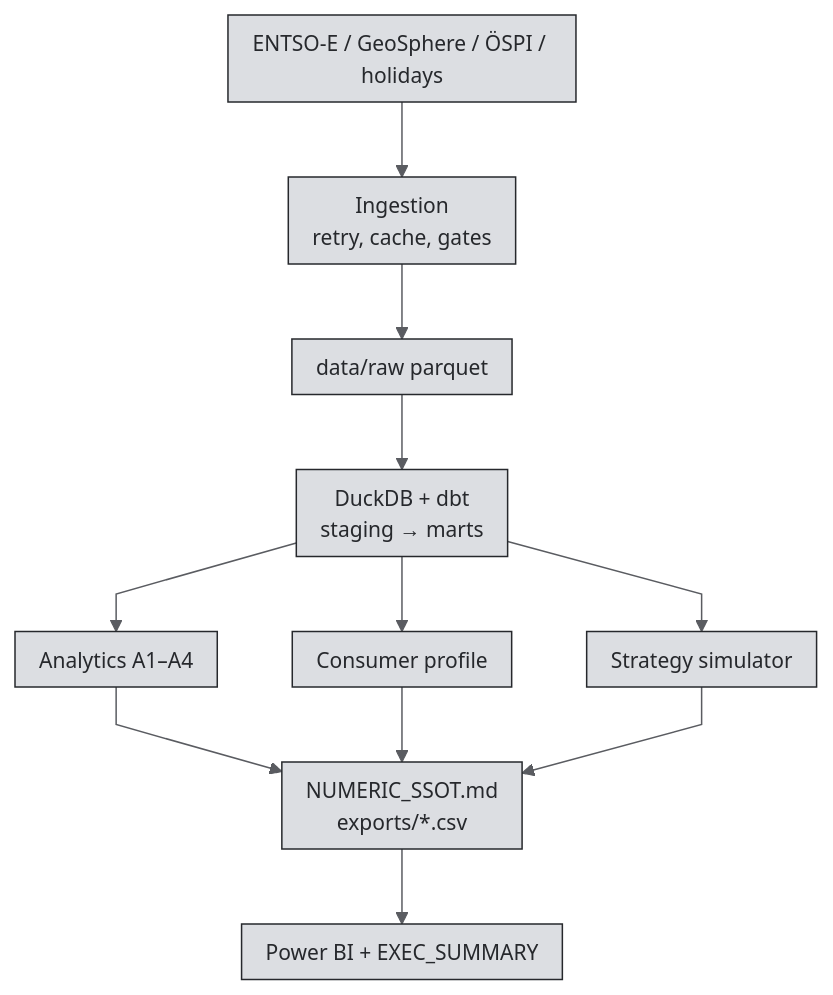
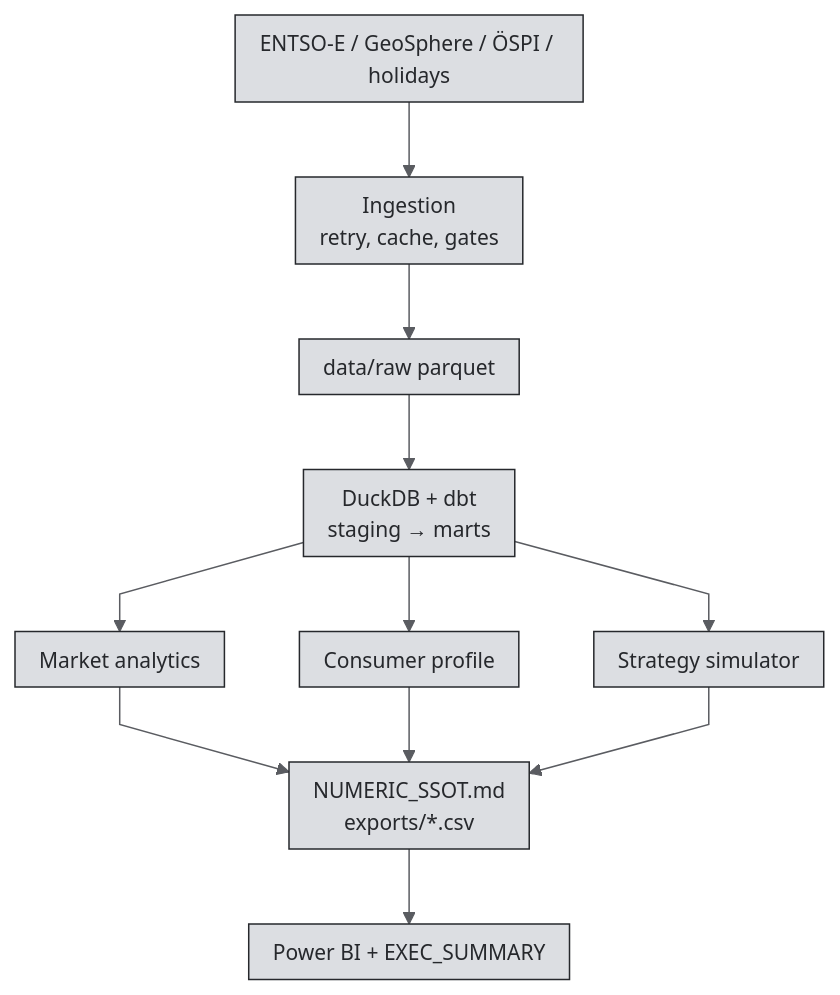
The diagram in README.md (RafaelBraga-Kribitz/energy-procurement-risk-analyzer), drawn with Mermaid before and after one commit. The commit also changed other lines of this file, not shown here.

````diff
--- a/README.md
+++ b/README.md
@@ -214,14 +260,14 @@
 ```mermaid
 %%{init: {"theme":"base","fontFamily":"BKribitz, system-ui, -apple-system, Segoe UI, Helvetica, Arial, sans-serif","themeVariables":{"background":"#E4E6EA","primaryColor":"#DCDEE2","primaryTextColor":"#26282C","primaryBorderColor":"#26282C","secondaryColor":"#E4E6EA","secondaryTextColor":"#26282C","secondaryBorderColor":"#5A5C61","tertiaryColor":"#E4E6EA","tertiaryTextColor":"#26282C","tertiaryBorderColor":"#C2C4CA","lineColor":"#5A5C61","textColor":"#26282C","mainBkg":"#DCDEE2","nodeBorder":"#26282C","clusterBkg":"#E4E6EA","clusterBorder":"#C2C4CA","edgeLabelBackground":"#E4E6EA","titleColor":"#26282C","fontFamily":"BKribitz, system-ui, -apple-system, Segoe UI, Helvetica, Arial, sans-serif","fontSize":"14px"},"flowchart":{"curve":"linear","htmlLabels":true,"padding":8}}}%%
 flowchart TD
     SRC["ENTSO-E / GeoSphere / ÖSPI / holidays"] --> ING["Ingestion<br/>retry, cache, gates"]
     ING --> RAW["data/raw parquet"]
     RAW --> WH["DuckDB + dbt<br/>staging → marts"]
-    WH --> A["Analytics A1–A4"]
+    WH --> A["Market analytics"]
     WH --> P["Consumer profile"]
     WH --> S["Strategy simulator"]
     A --> SSOT["NUMERIC_SSOT.md<br/>exports/*.csv"]
     P --> SSOT
     S --> SSOT
     SSOT --> RPT["Power BI + EXEC_SUMMARY"]
 ```
````
